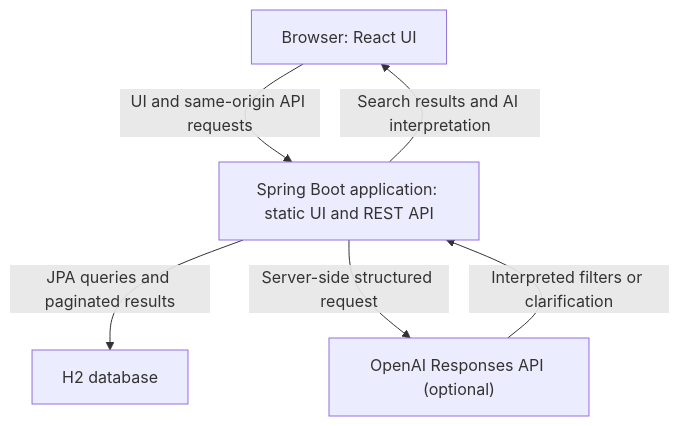
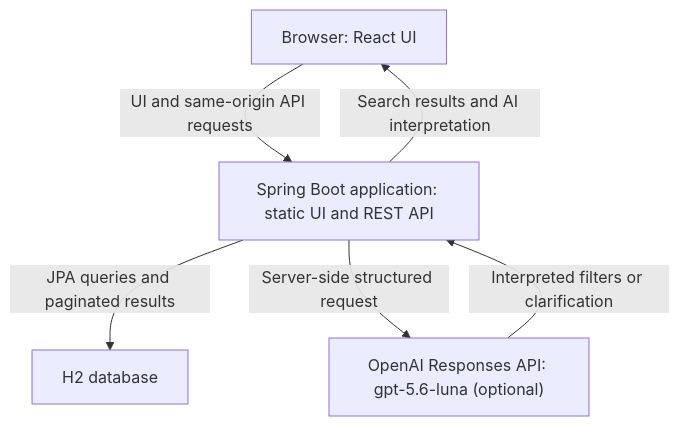
The diagram in README.md (SaiKiran6305/copart-vehicle-search), drawn with Mermaid before and after one commit. The commit also changed other lines of this file, not shown here.

````diff
--- a/README.md
+++ b/README.md
@@ -36,13 +36,13 @@
 ```mermaid
 flowchart TB
     Browser["Browser: React UI"]
     App["Spring Boot application: static UI and REST API"]
     Database["H2 database"]
-    OpenAI["OpenAI Responses API (optional)"]
+    OpenAI["OpenAI Responses API: gpt-5.6-luna (optional)"]
 
     Browser -->|"UI and same-origin API requests"| App
     App -->|"Search results and AI interpretation"| Browser
     App -->|"JPA queries and paginated results"| Database
     App -->|"Server-side structured request"| OpenAI
     OpenAI -->|"Interpreted filters or clarification"| App
 ```
````
